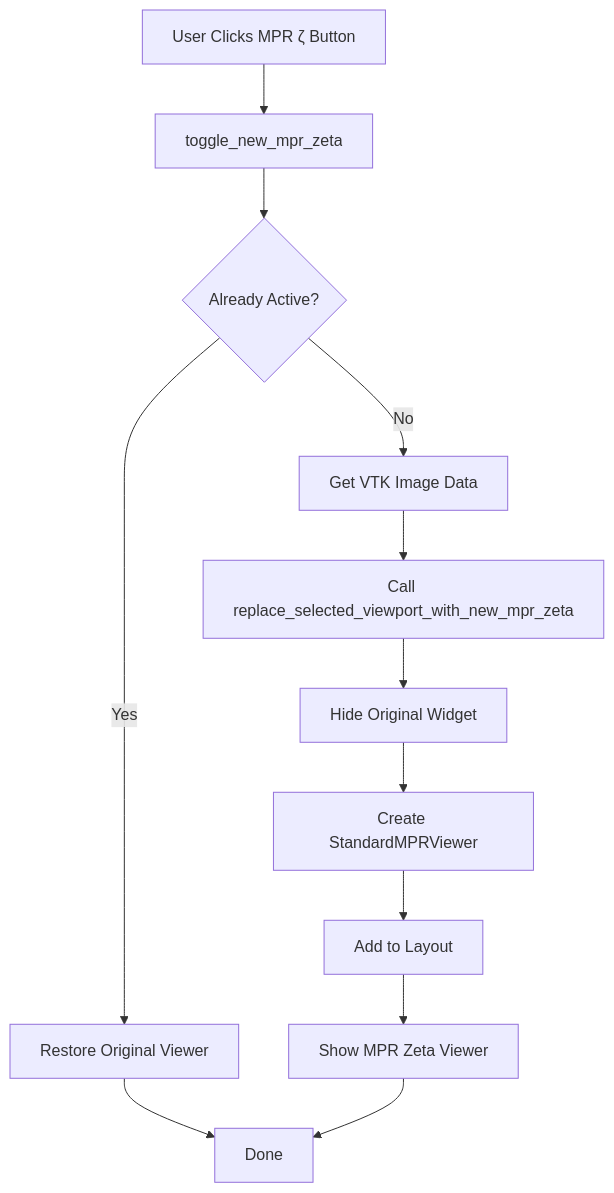
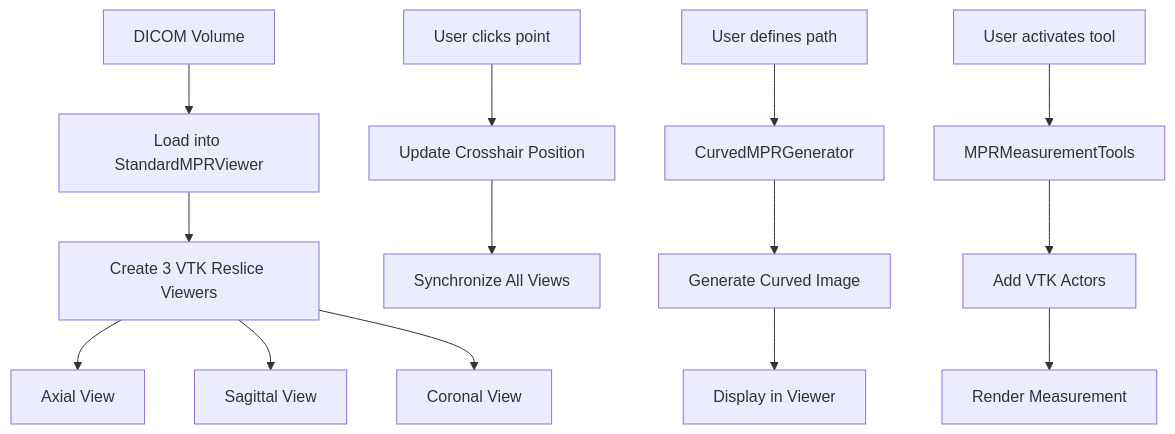
Before and after one commit to satardavoodi/pacsClientV3: the diagram in PacsClient/pacs/patient_tab/zeta mpr/README.md, drawn with Mermaid. The commit also changed other lines of this file and 102 other files, not shown here.

````diff
--- a/PacsClient/pacs/patient_tab/zeta mpr/README.md
+++ b/PacsClient/pacs/patient_tab/zeta mpr/README.md
@@ -161,14 +282,19 @@
 ```mermaid
 graph TD
-    A[User Clicks MPR ζ Button] --> B[toggle_new_mpr_zeta]
-    B --> C{Already Active?}
-    C -->|Yes| D[Restore Original Viewer]
-    C -->|No| E[Get VTK Image Data]
-    E --> F[Call replace_selected_viewport_with_new_mpr_zeta]
-    F --> G[Hide Original Widget]
-    G --> H[Create StandardMPRViewer]
-    H --> I[Add to Layout]
-    I --> J[Show MPR Zeta Viewer]
-    D --> K[Done]
-    J --> K
+    A[DICOM Volume] --> B[Load into StandardMPRViewer]
+    B --> C[Create 3 VTK Reslice Viewers]
+    C --> D[Axial View]
+    C --> E[Sagittal View]
+    C --> F[Coronal View]
+    
+    G[User clicks point] --> H[Update Crosshair Position]
+    H --> I[Synchronize All Views]
+    
+    J[User defines path] --> K[CurvedMPRGenerator]
+    K --> L[Generate Curved Image]
+    L --> M[Display in Viewer]
+    
+    N[User activates tool] --> O[MPRMeasurementTools]
+    O --> P[Add VTK Actors]
+    P --> Q[Render Measurement]
 ```
````
